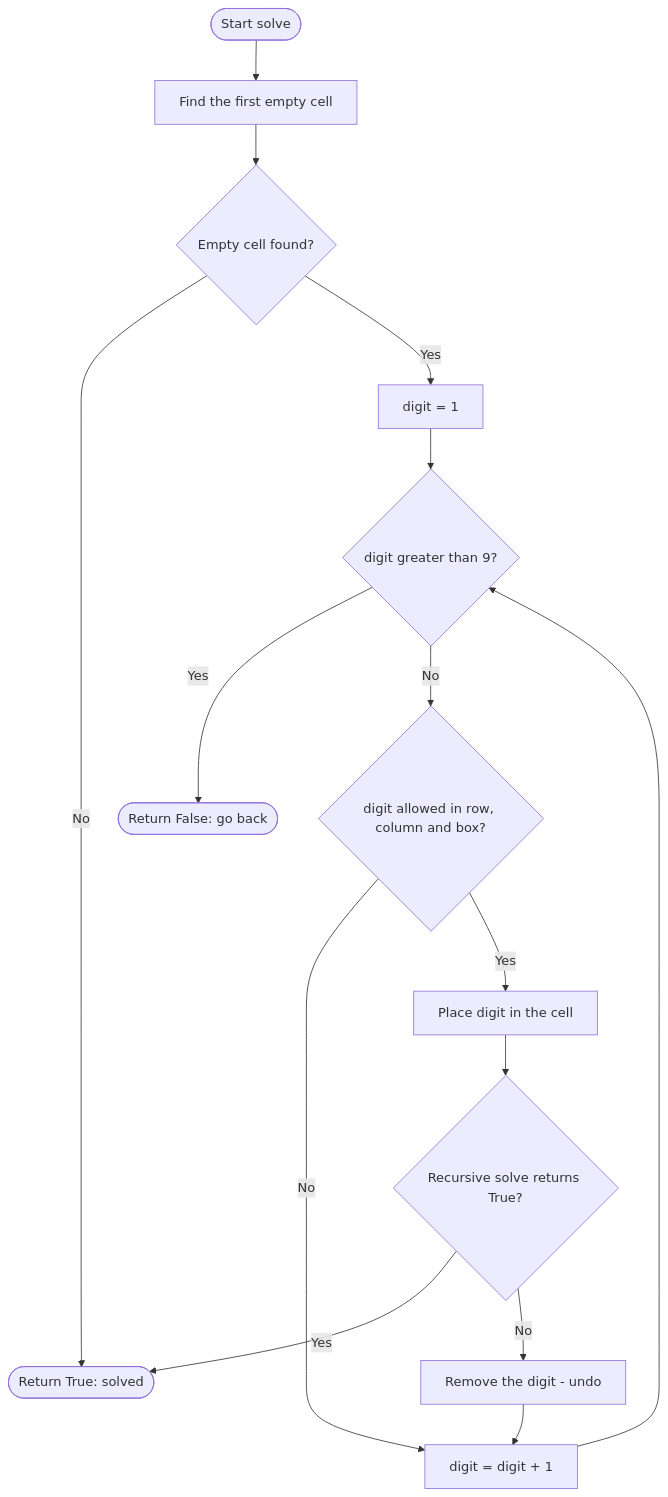
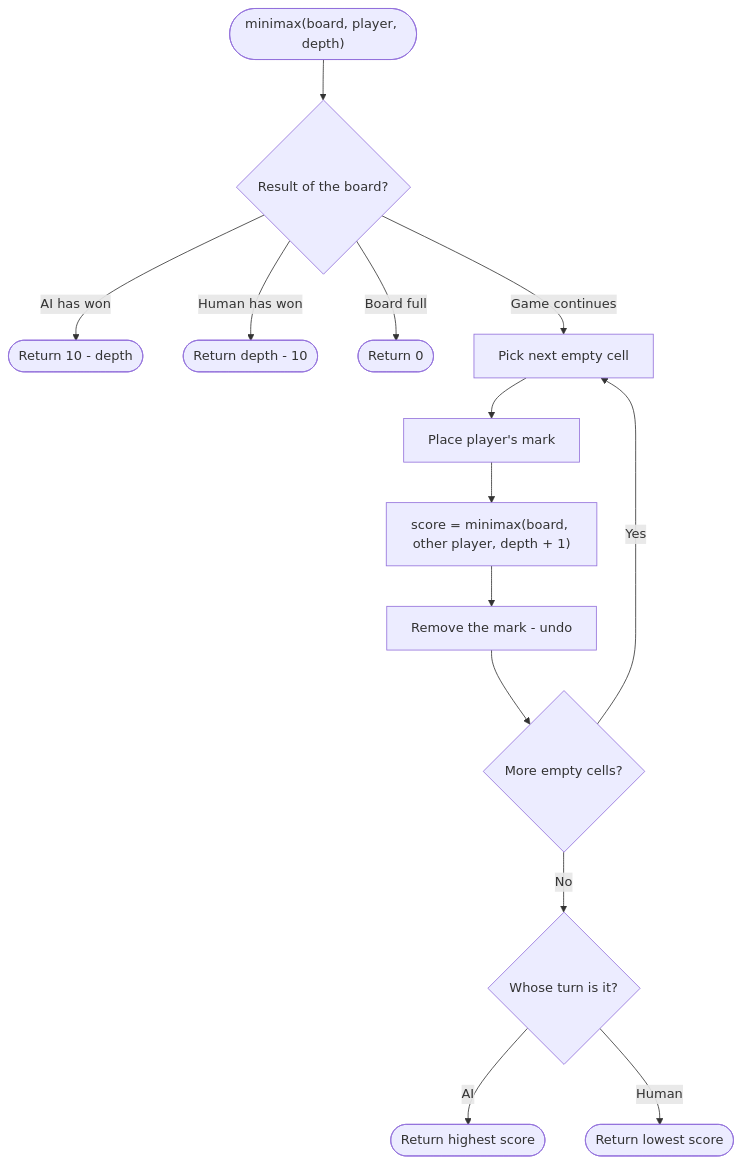
The second of 2 diagrams in README.md (AtlaSwathi29/2026_27_CSE4-221_python_programming), drawn with Mermaid before and after one commit. The commit also changed other lines of this file and 5 other files, not shown here.

````diff
--- a/README.md
+++ b/README.md
@@ -81,17 +86,16 @@
 ```mermaid
 flowchart TD
-    A(["Start solve"]) --> B["Find the first empty cell"]
-    B --> C{"Empty cell found?"}
-    C -- No --> OK(["Return True: solved"])
-    C -- Yes --> D["digit = 1"]
-    D --> E{"digit greater than 9?"}
-    E -- Yes --> FAIL(["Return False: go back"])
-    E -- No --> F{"digit allowed in row, column and box?"}
-    F -- No --> G["digit = digit + 1"]
-    G --> E
-    F -- Yes --> H["Place digit in the cell"]
-    H --> I{"Recursive solve returns True?"}
-    I -- Yes --> OK
-    I -- No --> J["Remove the digit - undo"]
-    J --> G
+    A(["minimax(board, player, depth)"]) --> B{"Result of the board?"}
+    B -- "AI has won" --> R1(["Return 10 - depth"])
+    B -- "Human has won" --> R2(["Return depth - 10"])
+    B -- "Board full" --> R3(["Return 0"])
+    B -- "Game continues" --> C["Pick next empty cell"]
+    C --> D["Place player's mark"]
+    D --> E["score = minimax(board, other player, depth + 1)"]
+    E --> F["Remove the mark - undo"]
+    F --> G{"More empty cells?"}
+    G -- Yes --> C
+    G -- No --> H{"Whose turn is it?"}
+    H -- "AI" --> R4(["Return highest score"])
+    H -- "Human" --> R5(["Return lowest score"])
 ```
````
